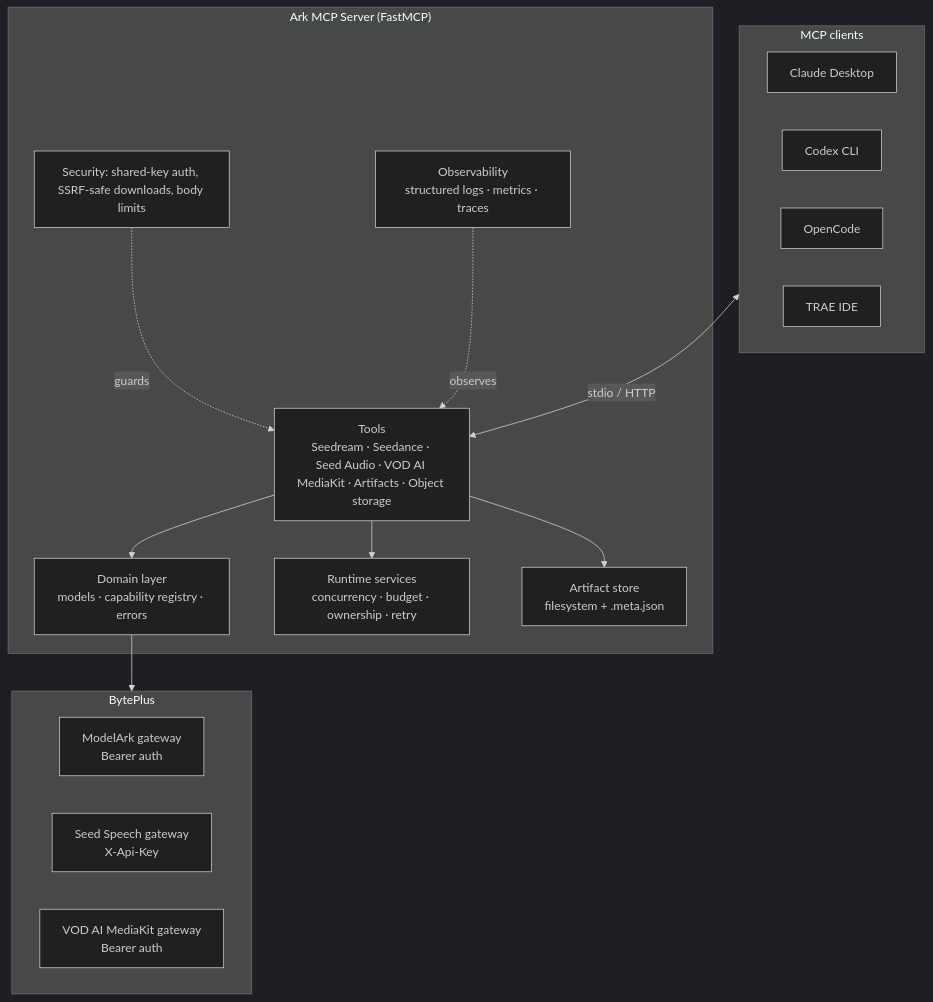
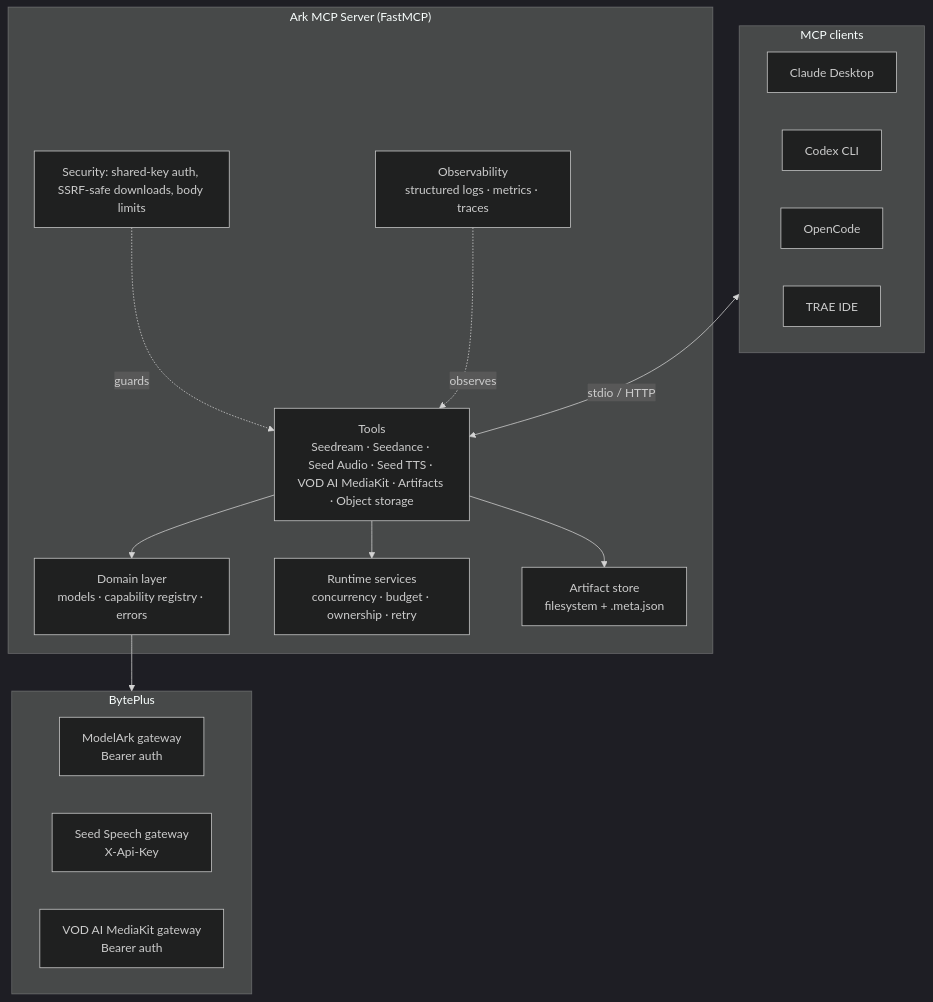
One commit to byteplus-sa/ark-mcp changed the first of 3 diagrams in README.md. Above: the diagram before and after it, drawn with Mermaid (dark theme). The commit also changed other lines of this file and 47 other files, not shown here.

Commit message:
feat: add Seed TTS 3.0 speech synthesis

````diff
--- a/README.md
+++ b/README.md
@@ -168,29 +171,29 @@
 ```mermaid
 flowchart TB
   subgraph Client["MCP clients"]
     CD[Claude Desktop]
     CX[Codex CLI]
     OC[OpenCode]
     TR[TRAE IDE]
   end
   subgraph Server["Ark MCP Server (FastMCP)"]
-    Tools["Tools<br/>Seedream · Seedance · Seed Audio · VOD AI MediaKit · Artifacts · Object storage"]
+    Tools["Tools<br/>Seedream · Seedance · Seed Audio · Seed TTS · VOD AI MediaKit · Artifacts · Object storage"]
     Domain["Domain layer<br/>models · capability registry · errors"]
     Runtime["Runtime services<br/>concurrency · budget · ownership · retry"]
     Store["Artifact store<br/>filesystem + .meta.json"]
     Sec["Security: shared-key auth, SSRF-safe downloads, body limits"]
     Obs["Observability<br/>structured logs · metrics · traces"]
   end
   subgraph Providers["BytePlus"]
     MA["ModelArk gateway<br/>Bearer auth"]
     SS["Seed Speech gateway<br/>X-Api-Key"]
     VOD["VOD AI MediaKit gateway<br/>Bearer auth"]
   end
   Client <-->|"stdio / HTTP"| Tools
   Tools --> Domain
   Tools --> Runtime
   Tools --> Store
   Domain --> Providers
   Sec -. guards .-> Tools
   Obs -. observes .-> Tools
 ```
````
